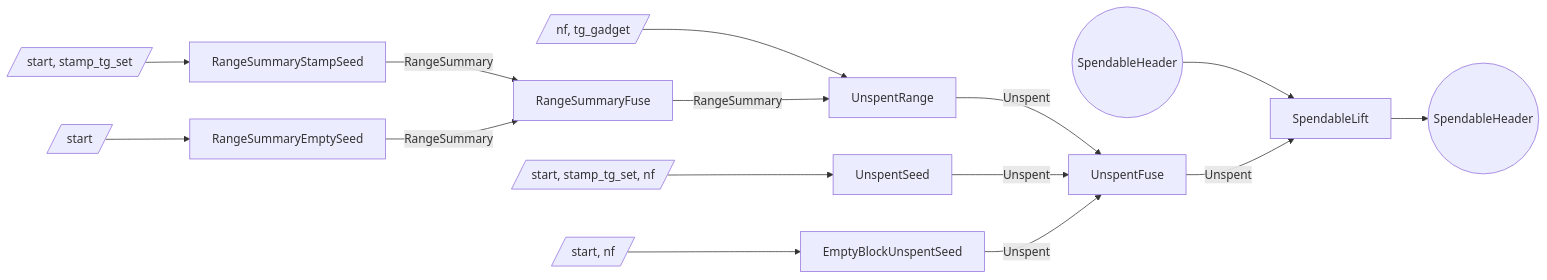
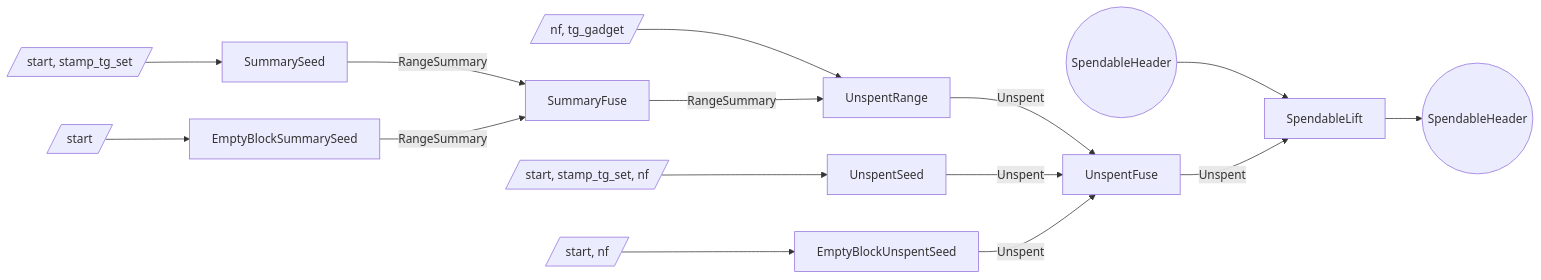
One commit to tachyon-zcash/tachyon changed the fourth of 5 diagrams in book/src/proof-tree.md. Above: the diagram before and after it, drawn with Mermaid. The commit also changed other lines of this file and 5 other files, not shown here.

````diff
--- a/book/src/proof-tree.md
+++ b/book/src/proof-tree.md
@@ -295,33 +295,33 @@
 ```mermaid
 flowchart LR
   sp_in((SpendableHeader))
   w_seed[/start, stamp_tg_set/]
-  s_rseed[RangeSummaryStampSeed]
+  s_rseed[SummarySeed]
   w_empty[/start/]
-  s_rempty[RangeSummaryEmptySeed]
-  s_rfuse[RangeSummaryFuse]
+  s_rempty[EmptyBlockSummarySeed]
+  s_rfuse[SummaryFuse]
   w_unspent[/nf, tg_gadget/]
   s_unspent[UnspentRange]
   w_useed[/start, stamp_tg_set, nf/]
   s_useed[UnspentSeed]
   w_uempty[/start, nf/]
   s_uempty[EmptyBlockUnspentSeed]
   s_ufuse[UnspentFuse]
   s_lift[SpendableLift]
   sp_out((SpendableHeader))
 
   w_seed --> s_rseed
   w_empty --> s_rempty
   s_rseed -->|RangeSummary| s_rfuse
   s_rempty -->|RangeSummary| s_rfuse
   w_unspent --> s_unspent
   s_rfuse -->|RangeSummary| s_unspent
   s_unspent -->|Unspent| s_ufuse
   w_useed --> s_useed
   w_uempty --> s_uempty
   s_useed -->|Unspent| s_ufuse
   s_uempty -->|Unspent| s_ufuse
   sp_in --> s_lift
   s_ufuse -->|Unspent| s_lift
   s_lift --> sp_out
 ```
````
